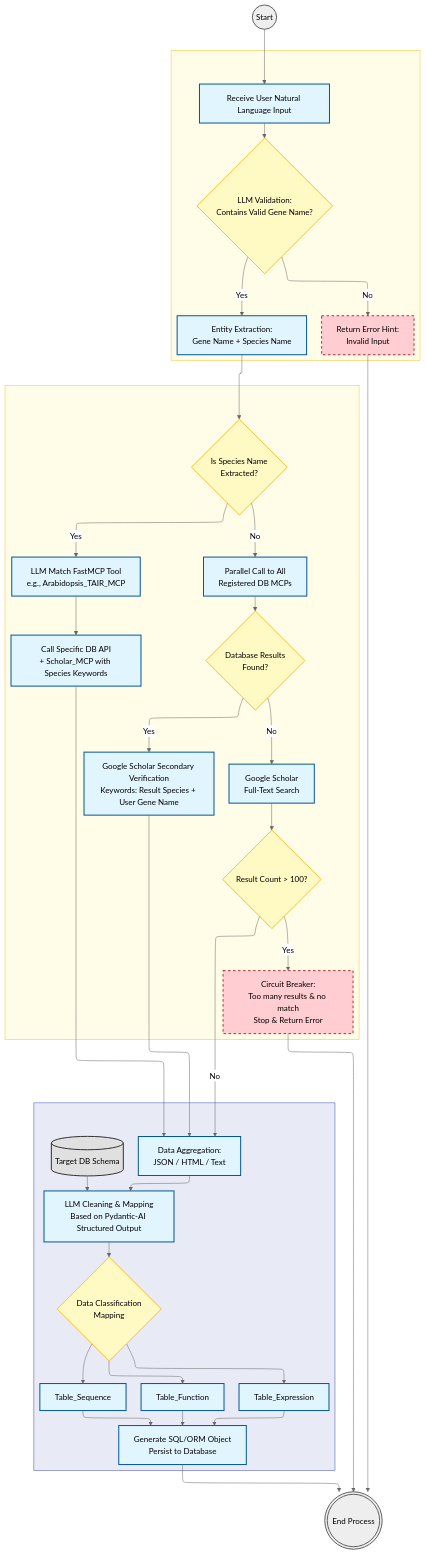
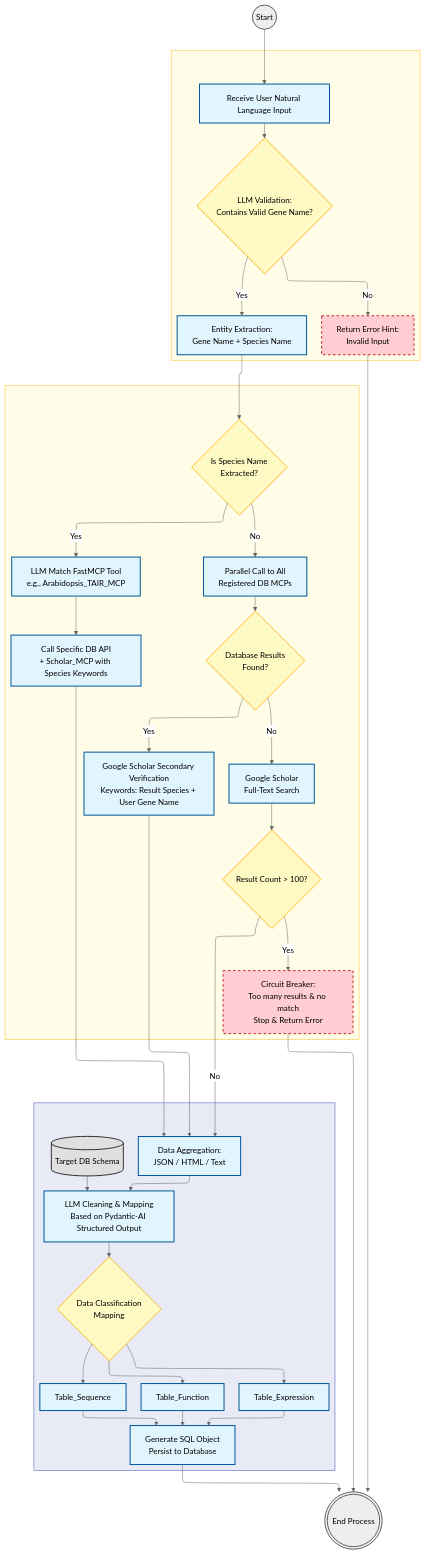
The diagram in README.md (Bojin-Z/PhytoGenes), drawn with Mermaid (neutral theme) before and after one commit.

```diff
--- a/README.md
+++ b/README.md
@@ -74,7 +74,7 @@
         TabExp["Table_Expression"]
         TabFunc["Table_Function"]
         TabSeq["Table_Sequence"]
-        Persist["Generate SQL/ORM Object<br>Persist to Database"]
+        Persist["Generate SQL Object<br>Persist to Database"]
   end
     Start(("Start")) --> Input
     Input --> CheckGene
```
